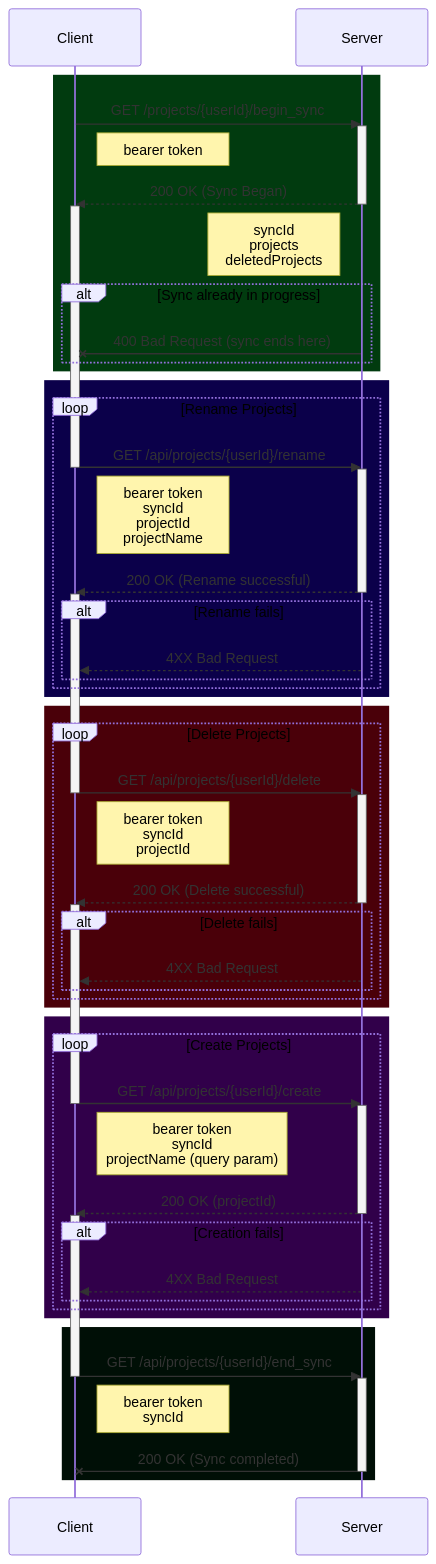
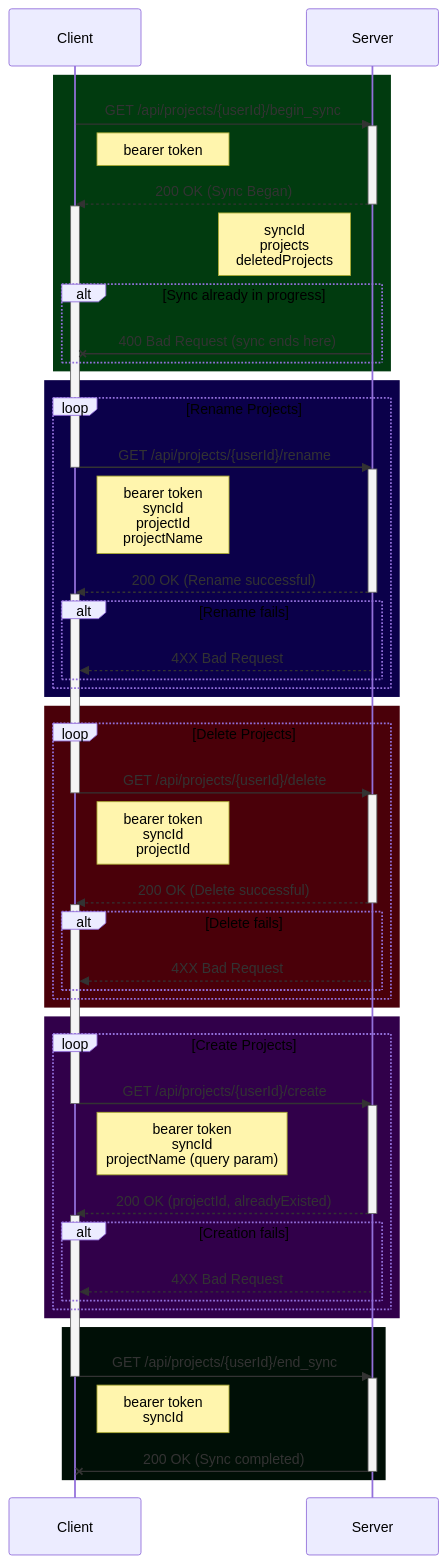
The first of 11 diagrams in docs/SYNCING-PROTOCOL.md (Darkrock-Studios/hammer-editor), drawn with Mermaid before and after one commit. The commit also changed other lines of this file, not shown here.

Commit message:
Correct the sync protocol doc to match the implementation

````diff
--- a/docs/SYNCING-PROTOCOL.md
+++ b/docs/SYNCING-PROTOCOL.md
@@ -28,72 +32,72 @@
 ```mermaid
 sequenceDiagram
 	participant Client as Client
 	participant Server as Server
 
 	rect rgb(1, 59, 15)
-		Client ->> Server: GET /projects/{userId}/begin_sync
+		Client ->> Server: GET /api/projects/{userId}/begin_sync
 		activate Server
 		Note right of Client: bearer token
 		Server -->> Client: 200 OK (Sync Began)
 		deactivate Server
 		activate Client
 		Note left of Server: syncId<br/>projects<br/>deletedProjects
 		alt Sync already in progress
 			Server -x Client: 400 Bad Request (sync ends here)
 		end
 	end
 	rect rgb(11, 0, 74)
 		loop Rename Projects
 			Client ->> Server: GET /api/projects/{userId}/rename
 			deactivate Client
 			activate Server
 			Note right of Client: bearer token <br/> syncId <br/> projectId <br/> projectName
 			Server -->> Client: 200 OK (Rename successful)
 			deactivate Server
 			activate Client
 			alt Rename fails
 				Server -->> Client: 4XX Bad Request
 			end
 		end
 	end
 
 	rect rgb(74, 0, 9)
 		loop Delete Projects
 			Client ->> Server: GET /api/projects/{userId}/delete
 			deactivate Client
 			activate Server
 			Note right of Client: bearer token <br/> syncId <br/> projectId
 			Server -->> Client: 200 OK (Delete successful)
 			deactivate Server
 			activate Client
 			alt Delete fails
 				Server -->> Client: 4XX Bad Request
 			end
 		end
 	end
 
 	rect rgb(49, 0, 74)
 		loop Create Projects
 			Client ->> Server: GET /api/projects/{userId}/create
 			deactivate Client
 			activate Server
 			Note right of Client: bearer token <br/> syncId <br/> projectName (query param)
-			Server -->> Client: 200 OK (projectId)
+			Server -->> Client: 200 OK (projectId, alreadyExisted)
 			deactivate Server
 			activate Client
 			alt Creation fails
 				Server -->> Client: 4XX Bad Request
 			end
 		end
 	end
 
 	rect rgb(0, 15, 6)
 		Client ->> Server: GET /api/projects/{userId}/end_sync
 		deactivate Client
 		activate Server
 		Note right of Client: bearer token <br/> syncId
 		Server -x Client: 200 OK (Sync completed)
 		deactivate Server
 	end
 
 ```
````
